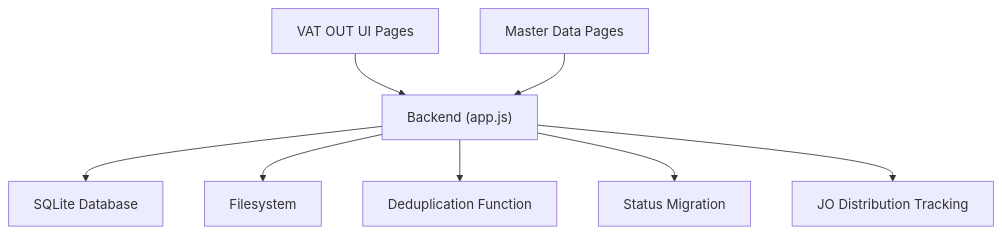
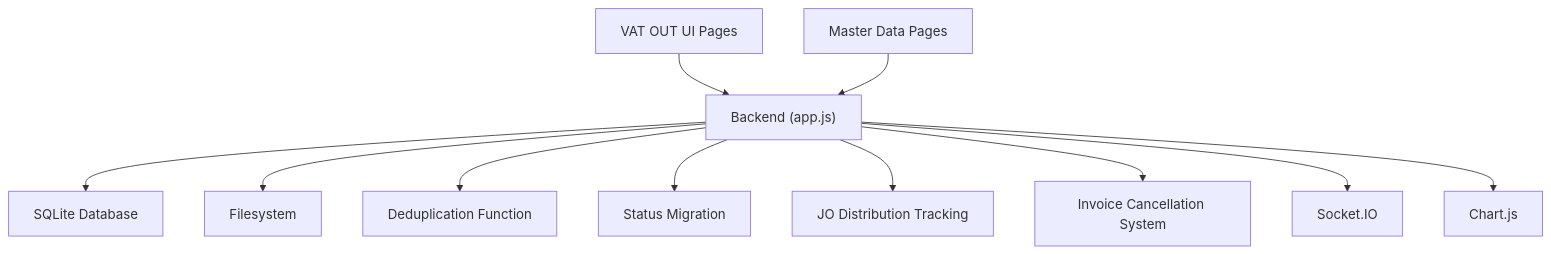
Before and after one commit to rendisiagian/TDS_by_RENDISIAGIAN: diagram 11 of 11 in .qoder/repowiki/en/content/VAT Management System/VAT Output (VAT OUT).md, drawn with Mermaid. The commit also changed other lines of this file and 38 other files, not shown here.

First line of the commit message:
feat(database): add invoice cancellation tracking and enhance JO member allocation

````diff
--- a/.qoder/repowiki/en/content/VAT Management System/VAT Output (VAT OUT).md
+++ b/.qoder/repowiki/en/content/VAT Management System/VAT Output (VAT OUT).md
@@ -458,18 +580,24 @@
 ```mermaid
 graph TB
 UI["VAT OUT UI Pages"]
 BACK["Backend (app.js)"]
 DB["SQLite Database"]
 FS["Filesystem"]
 MASTER["Master Data Pages"]
 DEDUP["Deduplication Function"]
 MIGRATION["Status Migration"]
 JO_TRACK["JO Distribution Tracking"]
+CANCEL["Invoice Cancellation System"]
+SOCKET["Socket.IO"]
+CHARTS["Chart.js"]
 UI --> BACK
 BACK --> DB
 BACK --> FS
 BACK --> DEDUP
 BACK --> MIGRATION
 BACK --> JO_TRACK
+BACK --> CANCEL
+BACK --> SOCKET
+BACK --> CHARTS
 MASTER --> BACK
 ```
````
